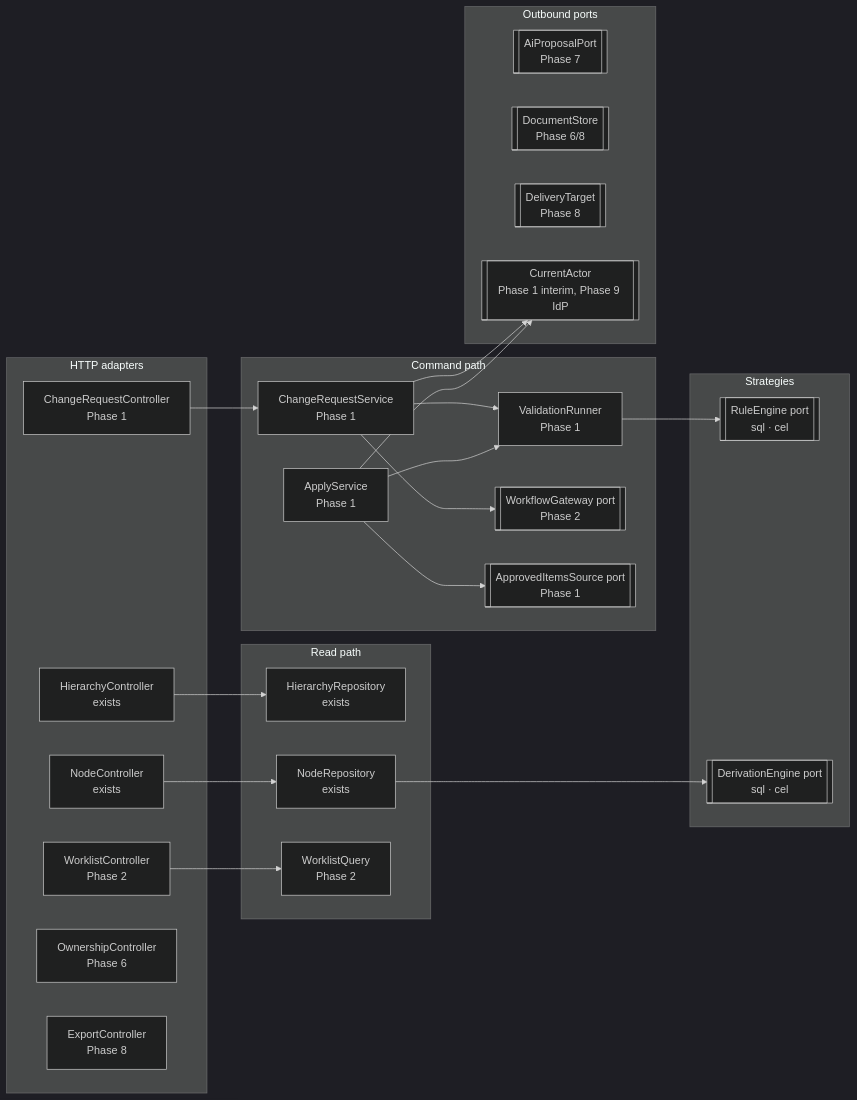
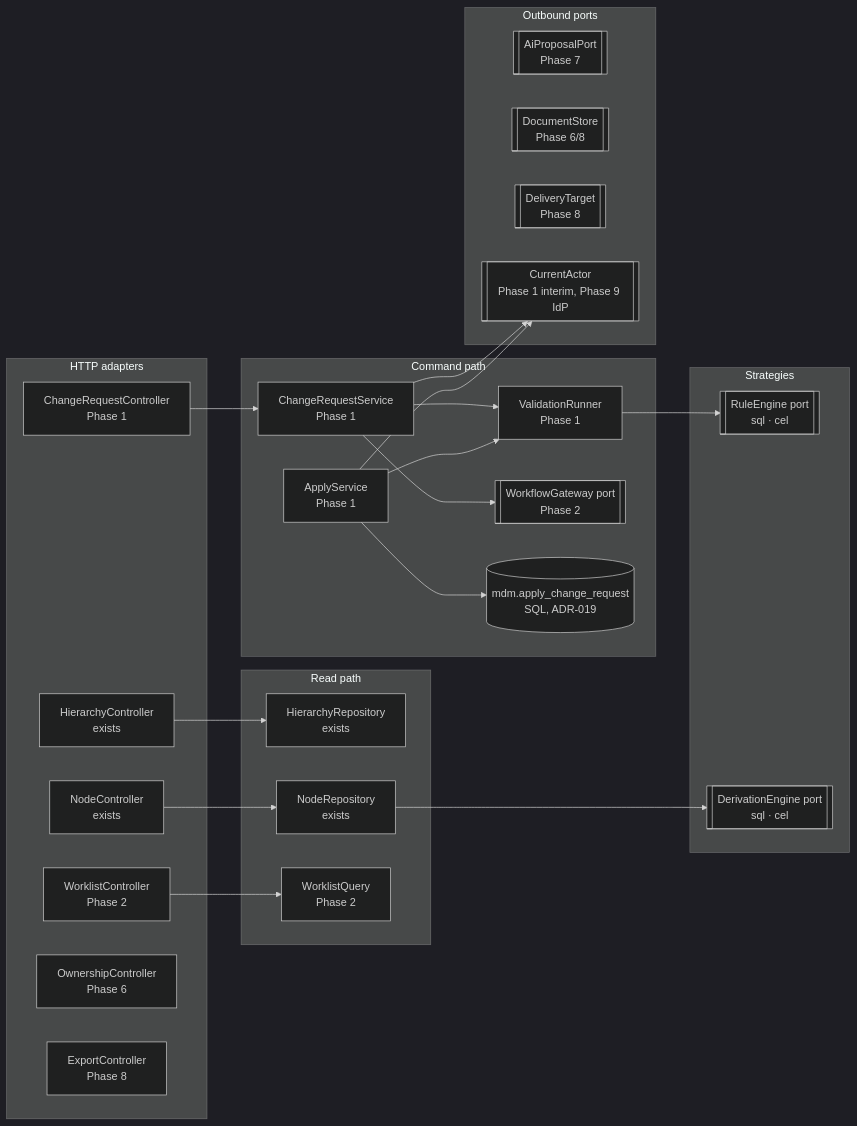
The third of 5 diagrams in docs/architecture/overview.md (POCoder7/Nexus), drawn with Mermaid (dark theme) before and after one commit. The commit also changed other lines of this file and 19 other files, not shown here.

First line of the commit message:
PROG: Phase 1 LLD; record adopted recommendations; ADR-019 to ADR-022 (proposed)

````diff
--- a/docs/architecture/overview.md
+++ b/docs/architecture/overview.md
@@ -100,44 +100,44 @@
 ```mermaid
 flowchart LR
   subgraph web[HTTP adapters]
     hc[HierarchyController<br/>exists]
     nc[NodeController<br/>exists]
     crc[ChangeRequestController<br/>Phase 1]
     wlc[WorklistController<br/>Phase 2]
     oc[OwnershipController<br/>Phase 6]
     ec[ExportController<br/>Phase 8]
   end
   subgraph query[Read path]
     hr[HierarchyRepository<br/>exists]
     nr[NodeRepository<br/>exists]
     wq[WorklistQuery<br/>Phase 2]
   end
   subgraph command[Command path]
     crs[ChangeRequestService<br/>Phase 1]
     vr[ValidationRunner<br/>Phase 1]
     aps[ApplyService<br/>Phase 1]
     wg[[WorkflowGateway port<br/>Phase 2]]
-    src[[ApprovedItemsSource port<br/>Phase 1]]
+    src[(mdm.apply_change_request<br/>SQL, ADR-019)]
   end
   subgraph engines[Strategies]
     re[[RuleEngine port<br/>sql · cel]]
     de[[DerivationEngine port<br/>sql · cel]]
   end
   subgraph outbound[Outbound ports]
     aip[[AiProposalPort<br/>Phase 7]]
     st[[DocumentStore<br/>Phase 6/8]]
     dl[[DeliveryTarget<br/>Phase 8]]
     ident[[CurrentActor<br/>Phase 1 interim, Phase 9 IdP]]
   end
   hc --> hr
   nc --> nr
   crc --> crs
   crs --> vr --> re
   crs --> wg
   aps --> src
   aps --> vr
   wlc --> wq
   nr --> de
   crs --> ident
   aps --> ident
 ```
````
